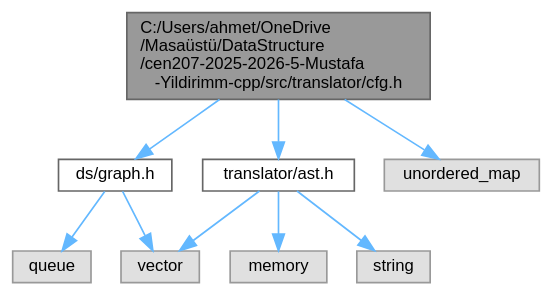
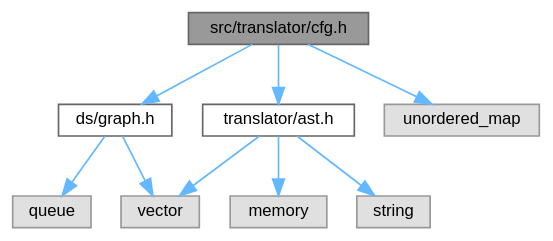
Before and after one commit to mustafayldrnn/cen207-2025-2026-5-Mustafa-Yildirimm-cpp: the diagram in docs/doxygenlibwin/rtf/cfg_8h__incl.dot, drawn with Graphviz. The commit also changed 861 other files, not shown here.

```diff
--- a/docs/doxygenlibwin/rtf/cfg_8h__incl.dot
+++ b/docs/doxygenlibwin/rtf/cfg_8h__incl.dot
@@ -1,24 +1,24 @@
-digraph "C:/Users/ahmet/OneDrive/Masaüstü/DataStructure/cen207-2025-2026-5-Mustafa-Yildirimm-cpp/src/translator/cfg.h"
+digraph "src/translator/cfg.h"
 {
  // INTERACTIVE_SVG=YES
  // LATEX_PDF_SIZE
   bgcolor="transparent";
   edge [fontname=Helvetica,fontsize=10,labelfontname=Helvetica,labelfontsize=10];
   node [fontname=Helvetica,fontsize=10,shape=box,height=0.2,width=0.4];
-  Node1 [id="Node000001",label="C:/Users/ahmet/OneDrive\l/Masaüstü/DataStructure\l/cen207-2025-2026-5-Mustafa\l-Yildirimm-cpp/src/translator/cfg.h",height=0.2,width=0.4,color="gray40", fillcolor="grey60", style="filled", fontcolor="black",tooltip="Programdan kontrol akışı grafiği (CFG) üretimi yardımcıları"];
+  Node1 [id="Node000001",label="src/translator/cfg.h",height=0.2,width=0.4,color="gray40", fillcolor="grey60", style="filled", fontcolor="black",tooltip="Programdan kontrol akışı grafiği (CFG) üretimi yardımcıları"];
   Node1 -> Node2 [id="edge17_Node000001_Node000002",color="steelblue1",style="solid",tooltip=" "];
   Node2 [id="Node000002",label="ds/graph.h",height=0.2,width=0.4,color="grey40", fillcolor="white", style="filled",URL="$graph_8h.html",tooltip="Basit yönlü/yönsüz grafik yardımcıları."];
   Node2 -> Node3 [id="edge18_Node000002_Node000003",color="steelblue1",style="solid",tooltip=" "];
   Node3 [id="Node000003",label="vector",height=0.2,width=0.4,color="grey60", fillcolor="#E0E0E0", style="filled",tooltip=" "];
   Node2 -> Node4 [id="edge19_Node000002_Node000004",color="steelblue1",style="solid",tooltip=" "];
   Node4 [id="Node000004",label="queue",height=0.2,width=0.4,color="grey60", fillcolor="#E0E0E0", style="filled",tooltip=" "];
   Node1 -> Node5 [id="edge20_Node000001_Node000005",color="steelblue1",style="solid",tooltip=" "];
   Node5 [id="Node000005",label="translator/ast.h",height=0.2,width=0.4,color="grey40", fillcolor="white", style="filled",URL="$ast_8h.html",tooltip="Basit ifade ve deyim ağaçları (AST) tanımları"];
   Node5 -> Node6 [id="edge21_Node000005_Node000006",color="steelblue1",style="solid",tooltip=" "];
   Node6 [id="Node000006",label="memory",height=0.2,width=0.4,color="grey60", fillcolor="#E0E0E0", style="filled",tooltip=" "];
   Node5 -> Node7 [id="edge22_Node000005_Node000007",color="steelblue1",style="solid",tooltip=" "];
   Node7 [id="Node000007",label="string",height=0.2,width=0.4,color="grey60", fillcolor="#E0E0E0", style="filled",tooltip=" "];
   Node5 -> Node3 [id="edge23_Node000005_Node000003",color="steelblue1",style="solid",tooltip=" "];
   Node1 -> Node8 [id="edge24_Node000001_Node000008",color="steelblue1",style="solid",tooltip=" "];
   Node8 [id="Node000008",label="unordered_map",height=0.2,width=0.4,color="grey60", fillcolor="#E0E0E0", style="filled",tooltip=" "];
 }
```
